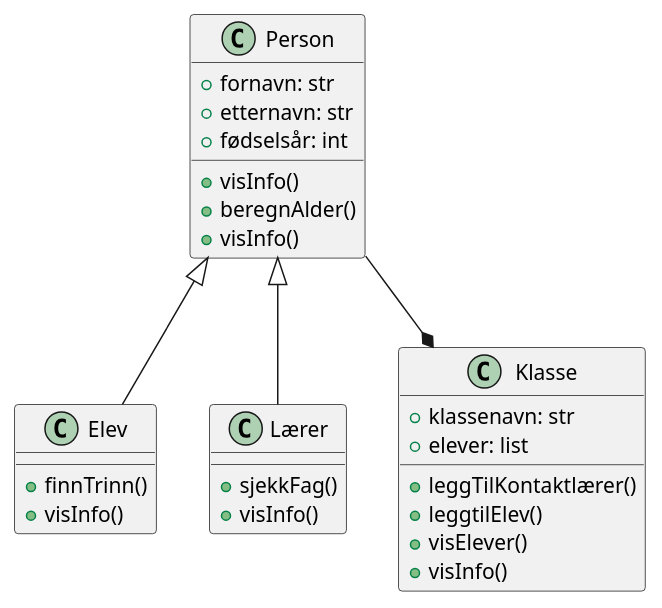
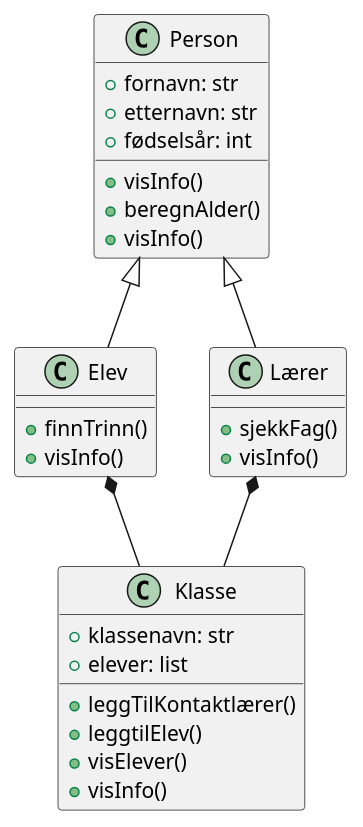
Before and after one commit to Fantomet06/IT2: the diagram in vurdering/skole.wsd, drawn with PlantUML.

```diff
--- a/vurdering/skole.wsd
+++ b/vurdering/skole.wsd
@@ -1,35 +1,36 @@
 @startuml
 
 class Person{
     +fornavn: str
     +etternavn: str
     +fødselsår: int
     +visInfo()
     +beregnAlder()
     +visInfo()
 }
 
 class Elev {
     +finnTrinn()
     +visInfo()
 }
 
 class Lærer {
     +sjekkFag()
     +visInfo()
 }
 
 Person <|-- Elev
 Person <|-- Lærer
-Person --* Klasse
+Lærer *-- Klasse
+Elev *-- Klasse
 
 class Klasse {
     +klassenavn: str
     +elever: list 
     +leggTilKontaktlærer()
     +leggtilElev()
     +visElever()
     +visInfo()
 }
 
 @enduml
```
